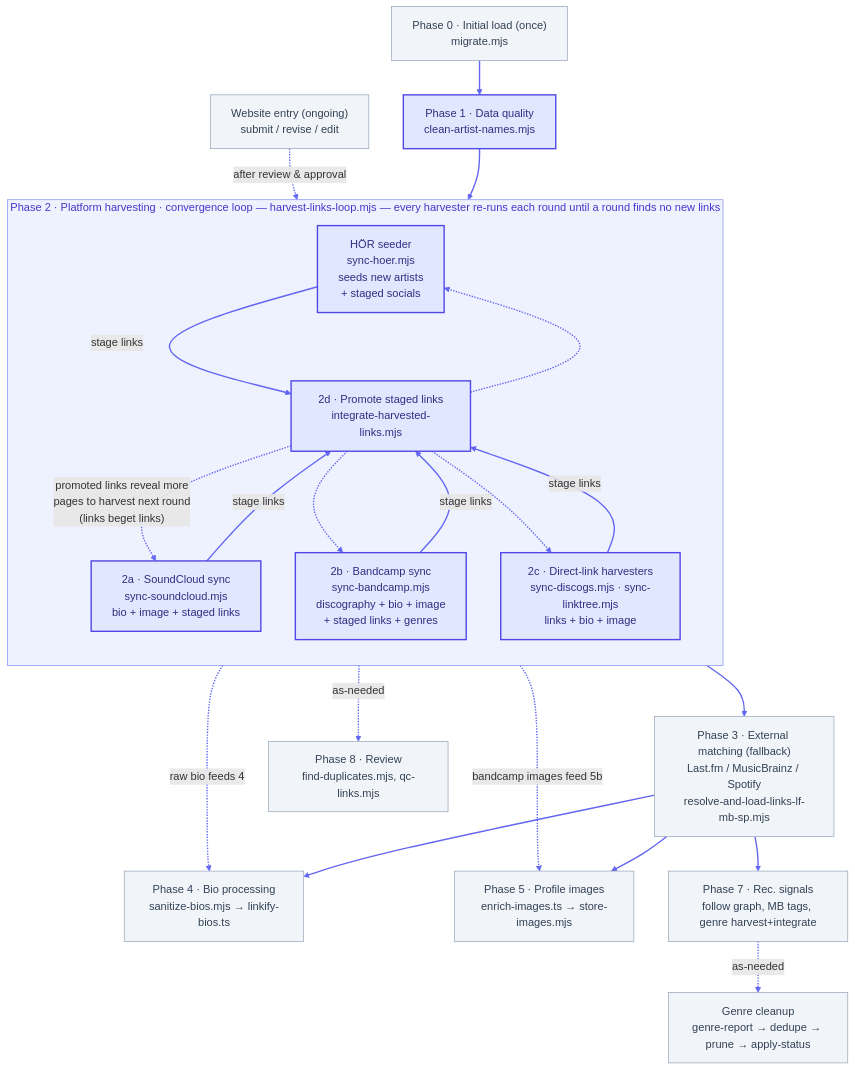
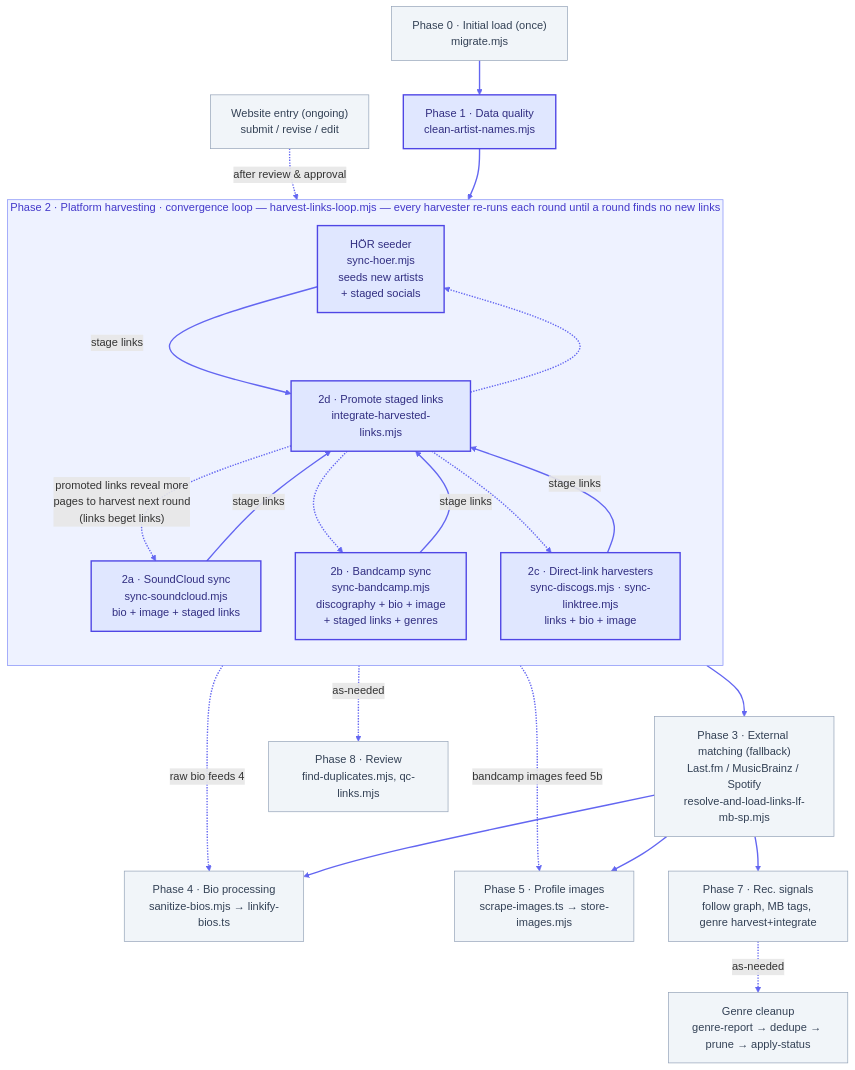
The diagram in scripts/PIPELINE.md (maisiebird2/rebalance-gender), drawn with Mermaid before and after one commit. The commit also changed other lines of this file and 18 other files, not shown here.

````diff
--- a/scripts/PIPELINE.md
+++ b/scripts/PIPELINE.md
@@ -24,42 +24,42 @@
 ```mermaid
 flowchart TD
     P0["Phase 0 · Initial load (once)<br/>migrate.mjs"] --> P1
     P1["Phase 1 · Data quality<br/>clean-artist-names.mjs"] --> P2
     WEB["Website entry (ongoing)<br/>submit / revise / edit"] -. "after review &amp; approval" .-> P2
 
     subgraph P2 ["Phase 2 · Platform harvesting · convergence loop — harvest-links-loop.mjs — every harvester re-runs each round until a round finds no new links"]
         direction TB
         HOER["HÖR seeder<br/>sync-hoer.mjs<br/>seeds new artists<br/>+ staged socials"]
         P2A["2a · SoundCloud sync<br/>sync-soundcloud.mjs<br/>bio + image + staged links"]
         P2B["2b · Bandcamp sync<br/>sync-bandcamp.mjs<br/>discography + bio + image<br/>+ staged links + genres"]
         P2C["2c · Direct-link harvesters<br/>sync-discogs.mjs · sync-linktree.mjs<br/>links + bio + image"]
         P2D["2d · Promote staged links<br/>integrate-harvested-links.mjs"]
         HOER -->|"stage links"| P2D
         P2A -->|"stage links"| P2D
         P2B -->|"stage links"| P2D
         P2C -->|"stage links"| P2D
         P2D -. "promoted links reveal more<br/>pages to harvest next round<br/>(links beget links)" .-> P2A
         P2D -.-> P2B
         P2D -.-> P2C
         P2D -.-> HOER
     end
 
     P2D --> P3
     P2A -. "raw bio feeds 4" .-> P4
     P2B -. "bandcamp images feed 5b" .-> P5
     P3["Phase 3 · External matching (fallback)<br/>Last.fm / MusicBrainz / Spotify<br/>resolve-and-load-links-lf-mb-sp.mjs"] --> P4
     P3 --> P5
     P3 --> P7
     P4["Phase 4 · Bio processing<br/>sanitize-bios.mjs → linkify-bios.ts"]
-    P5["Phase 5 · Profile images<br/>enrich-images.ts → store-images.mjs"]
+    P5["Phase 5 · Profile images<br/>scrape-images.ts → store-images.mjs"]
     P7["Phase 7 · Rec. signals<br/>follow graph, MB tags, genre harvest+integrate"]
     P2D -. as-needed .-> P8["Phase 8 · Review<br/>find-duplicates.mjs, qc-links.mjs"]
     P7 -. as-needed .-> P8G["Genre cleanup<br/>genre-report → dedupe → prune → apply-status"]
 
     classDef orchestrated fill:#e0e7ff,stroke:#4f46e5,stroke-width:2px,color:#312e81;
     class P1,HOER,P2A,P2B,P2C,P2D orchestrated;
     classDef normal fill:#f1f5f9,stroke:#94a3b8,stroke-width:1px,color:#334155;
     class P0,WEB,P3,P4,P5,P7,P8,P8G normal;
     style P2 fill:#eef2ff,stroke:#818cf8,stroke-width:1px,color:#4338ca;
     linkStyle default stroke:#6366f1,stroke-width:2px;
 ```
````
